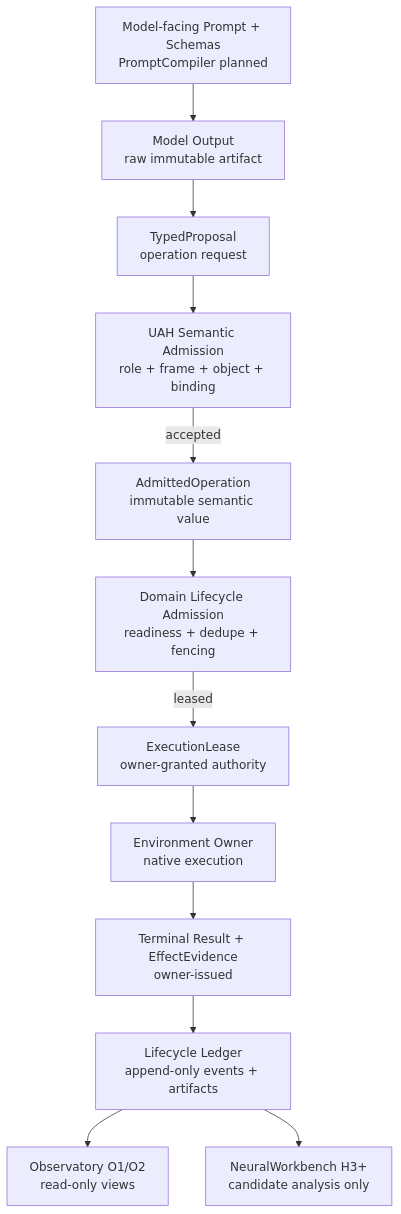
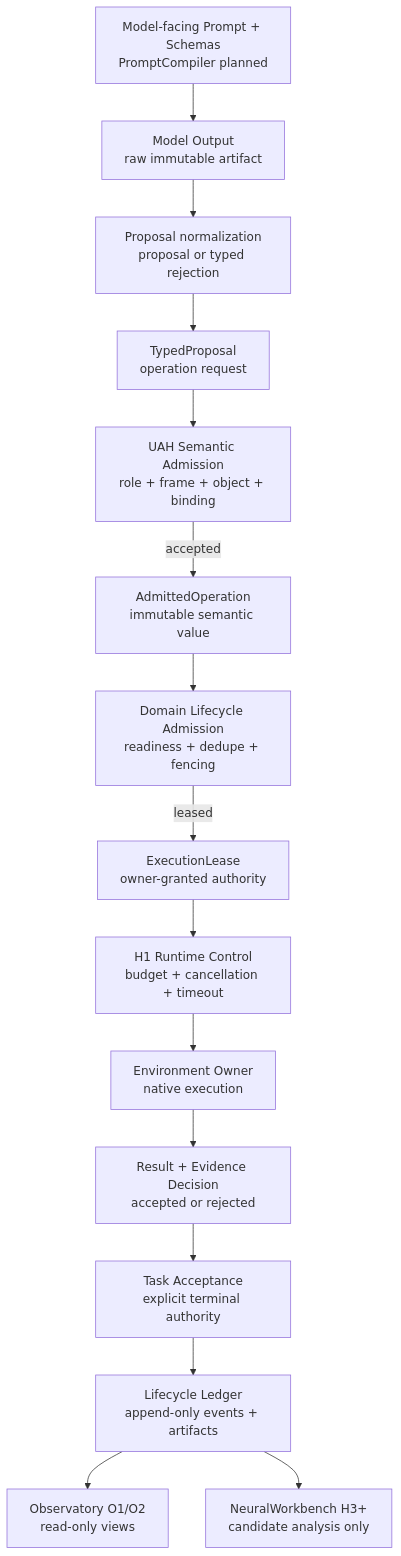
One commit to ieverythng/universal-agentic-harness changed the diagram in docs/architecture/observatory_contract.md. Above: the diagram before and after it, drawn with Mermaid. The commit also changed other lines of this file and 18 other files, not shown here.

````diff
--- a/docs/architecture/observatory_contract.md
+++ b/docs/architecture/observatory_contract.md
@@ -25,27 +25,33 @@
 ```mermaid
 %% uah-render: Figure 1. Admission, execution, and Observatory data flow
 flowchart TB
     Prompt["Model-facing Prompt + Schemas<br/>PromptCompiler planned"]:::projection
     Model["Model Output<br/>raw immutable artifact"]:::model
+    Normalize["Proposal normalization<br/>proposal or typed rejection"]:::compiler
     Proposal["TypedProposal<br/>operation request"]:::proposal
     Semantic["UAH Semantic Admission<br/>role + frame + object + binding"]:::gate
     Admitted["AdmittedOperation<br/>immutable semantic value"]:::gate
     Domain["Domain Lifecycle Admission<br/>readiness + dedupe + fencing"]:::domain
     Lease["ExecutionLease<br/>owner-granted authority"]:::execution
+    Control["H1 Runtime Control<br/>budget + cancellation + timeout"]:::gate
     Owner["Environment Owner<br/>native execution"]:::execution
-    Evidence["Terminal Result + EffectEvidence<br/>owner-issued"]:::evidence
+    Evidence["Result + Evidence Decision<br/>accepted or rejected"]:::evidence
+    Acceptance["Task Acceptance<br/>explicit terminal authority"]:::gate
     Ledger["Lifecycle Ledger<br/>append-only events + artifacts"]:::trace
     Observatory["Observatory O1/O2<br/>read-only views"]:::observatory
     Workbench["NeuralWorkbench H3+<br/>candidate analysis only"]:::compiler
     Prompt --> Model
-    Model --> Proposal
+    Model --> Normalize
+    Normalize --> Proposal
     Proposal --> Semantic
     Semantic -->|accepted| Admitted
     Admitted --> Domain
     Domain -->|leased| Lease
-    Lease --> Owner
+    Lease --> Control
+    Control --> Owner
     Owner --> Evidence
-    Evidence --> Ledger
+    Evidence --> Acceptance
+    Acceptance --> Ledger
     Ledger --> Observatory
     Ledger --> Workbench
 ```
````
